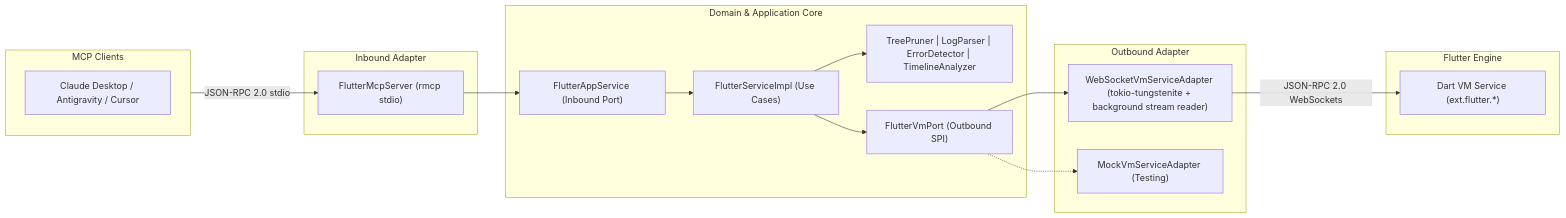
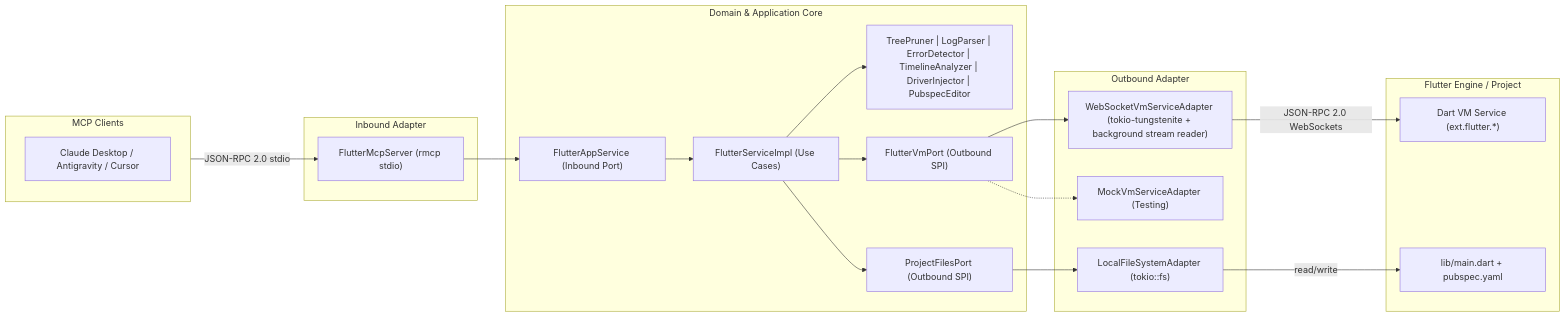
Before and after one commit to guty3rrez/flutter-mcp: the diagram in README.md, drawn with Mermaid. The commit also changed other lines of this file and 17 other files, not shown here.

First line of the commit message:
feat: add flutter_start_control tool to inject driver control at runtime (#2)

````diff
--- a/README.md
+++ b/README.md
@@ -141,35 +153,41 @@
 ```mermaid
 graph LR
     subgraph Client [MCP Clients]
         Claude[Claude Desktop / Antigravity / Cursor]
     end
 
     subgraph InboundAdapter [Inbound Adapter]
         MCPServer["FlutterMcpServer (rmcp stdio)"]
     end
 
     subgraph Core [Domain & Application Core]
         AppPort["FlutterAppService (Inbound Port)"]
         UseCase["FlutterServiceImpl (Use Cases)"]
-        Domain["TreePruner | LogParser | ErrorDetector | TimelineAnalyzer"]
+        Domain["TreePruner | LogParser | ErrorDetector | TimelineAnalyzer | DriverInjector | PubspecEditor"]
         VMPort["FlutterVmPort (Outbound SPI)"]
+        FilesPort["ProjectFilesPort (Outbound SPI)"]
     end
 
     subgraph OutboundAdapter [Outbound Adapter]
         WSAdapter["WebSocketVmServiceAdapter (tokio-tungstenite + background stream reader)"]
         MockAdapter["MockVmServiceAdapter (Testing)"]
+        FSAdapter["LocalFileSystemAdapter (tokio::fs)"]
     end
 
-    subgraph Target [Flutter Engine]
+    subgraph Target [Flutter Engine / Project]
         VM["Dart VM Service (ext.flutter.*)"]
+        FS["lib/main.dart + pubspec.yaml"]
     end
 
     Client -->|JSON-RPC 2.0 stdio| MCPServer
     MCPServer --> AppPort
     AppPort --> UseCase
     UseCase --> Domain
     UseCase --> VMPort
+    UseCase --> FilesPort
     VMPort --> WSAdapter
     VMPort -.-> MockAdapter
+    FilesPort --> FSAdapter
     WSAdapter -->|JSON-RPC 2.0 WebSockets| VM
+    FSAdapter -->|read/write| FS
 ```
````
